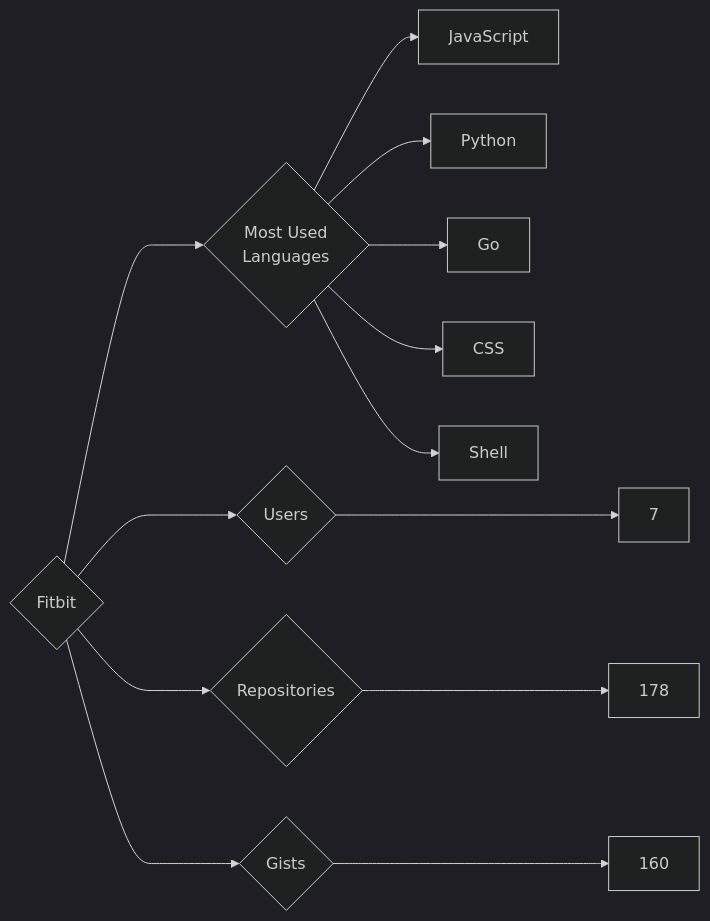
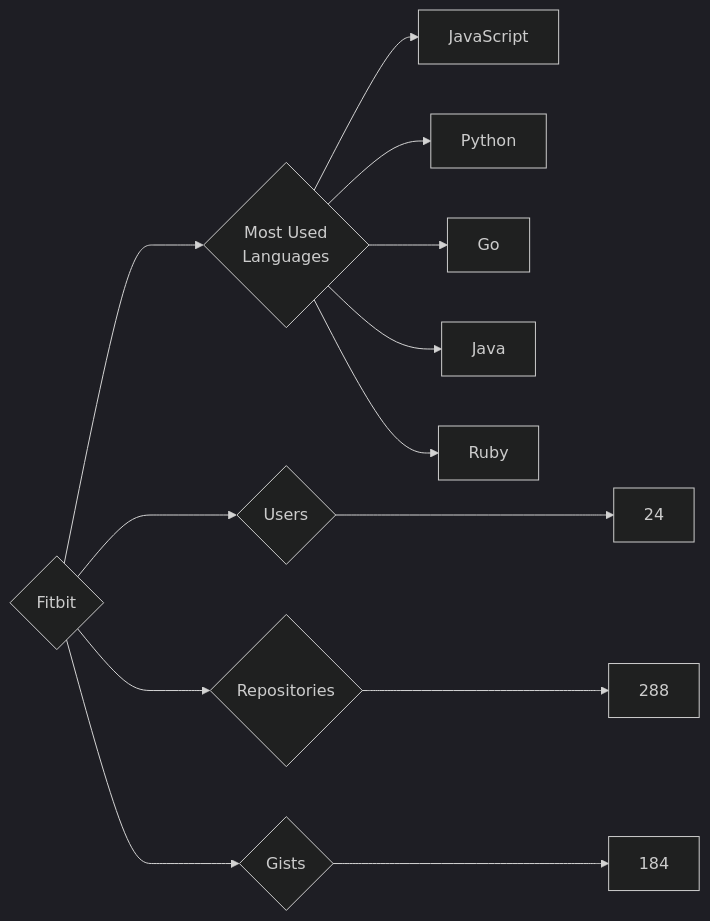
Before and after one commit to trickest/insiders: the diagram in targets/Fitbit/README.md, drawn with Mermaid (dark theme). The commit also changed 545 other files, not shown here.

````diff
--- a/targets/Fitbit/README.md
+++ b/targets/Fitbit/README.md
@@ -3,13 +3,13 @@
 ```mermaid
 graph LR
 COMPANY_NAME{Fitbit}
-COMPANY_NAME ---> U{Users} ---> UN[7]
-COMPANY_NAME ---> R{Repositories} ---> RN[178]
-COMPANY_NAME ---> G{Gists} ---> GN[160]
+COMPANY_NAME ---> U{Users} ---> UN[24]
+COMPANY_NAME ---> R{Repositories} ---> RN[288]
+COMPANY_NAME ---> G{Gists} ---> GN[184]
 COMPANY_NAME ---> ML{Most Used<br>Languages}
 ML --> JavaScript[JavaScript]
 ML --> Python[Python]
 ML --> Go[Go]
-ML --> CSS[CSS]
-ML --> Shell[Shell]
+ML --> Java[Java]
+ML --> Ruby[Ruby]
 ```
````
